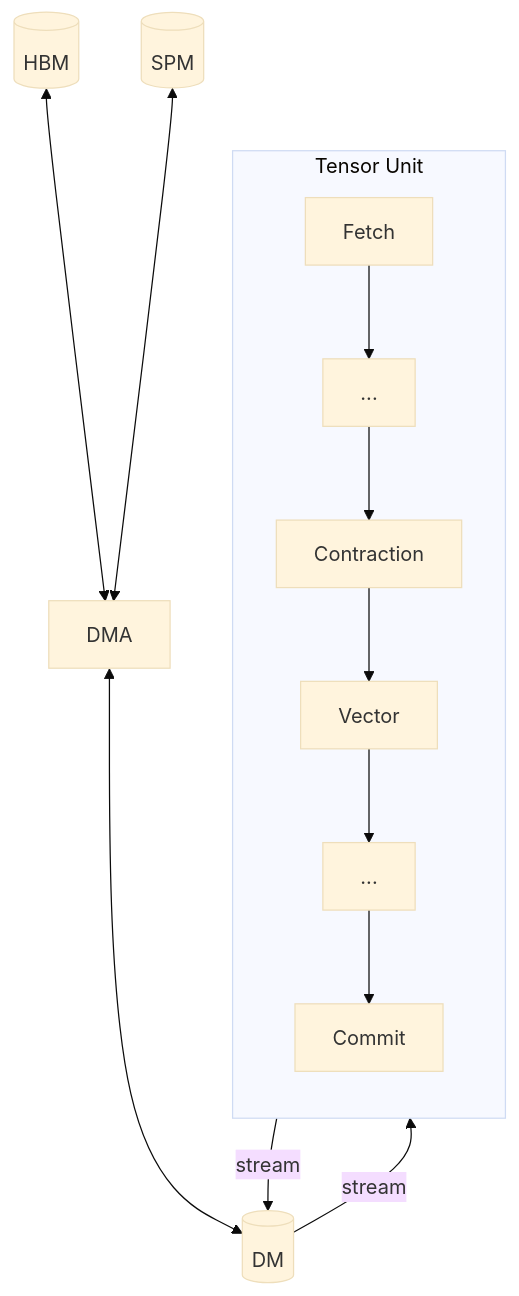
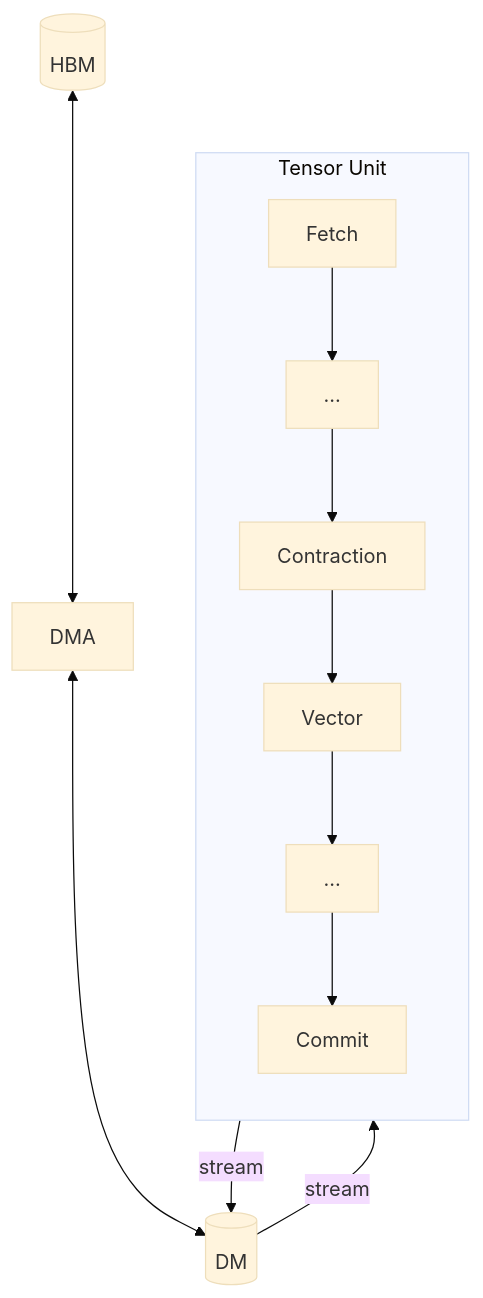
The diagram in docs/src/moving-tensors/index.md (furiosa-ai/furiosa-opt-preview), drawn with Mermaid (base theme) before and after one commit. The commit also changed other lines of this file and 91 other files, not shown here.

````diff
--- a/docs/src/moving-tensors/index.md
+++ b/docs/src/moving-tensors/index.md
@@ -12,21 +17,20 @@
 ```mermaid
 flowchart TB
     HBM[(HBM)] <--> DMA[DMA]
-    SPM[(SPM)] <--> DMA[DMA]
     DMA <--> DM[(DM)]
 
     subgraph TU[Tensor Unit]
         direction TB
         FE[Fetch] --> DOT1[...] --> CT[Contraction] --> VE[Vector] --> DOT2[...] --> CM[Commit]
     end
 
     DM -->|stream| FE
     CM -->|stream| DM
 
     click DMA "./dma-engine.html" "DMA Engine"
     click FE "./fetch-engine.html" "Fetch Engine"
     click CT "../computing-tensors/contraction-engine/index.html" "Contraction Engine"
     click VE "../computing-tensors/vector-engine/index.html" "Vector Engine"
     click CM "./commit-engine.html" "Commit Engine"
     click TU "../computing-tensors/index.html" "Tensor Unit"
 ```
````
